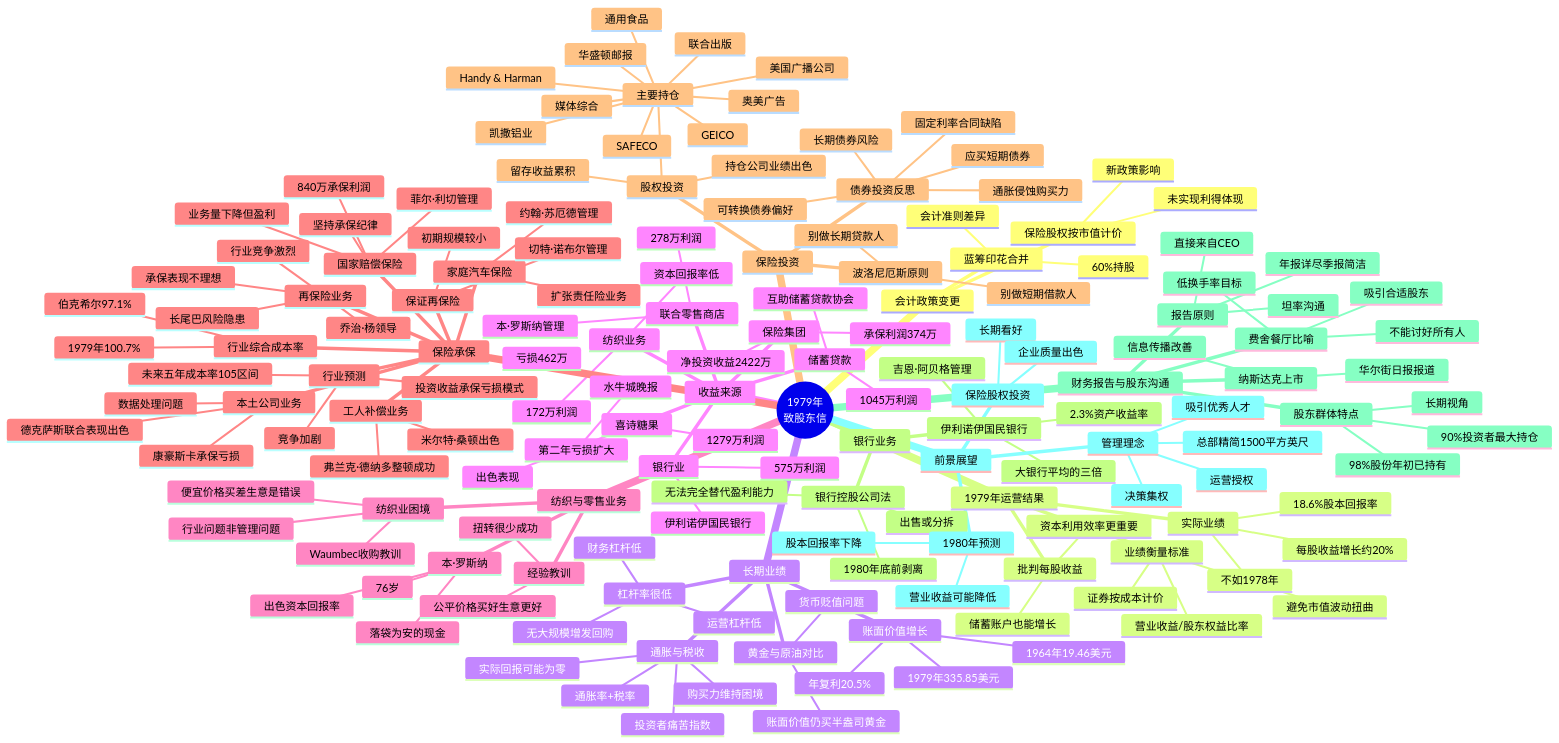
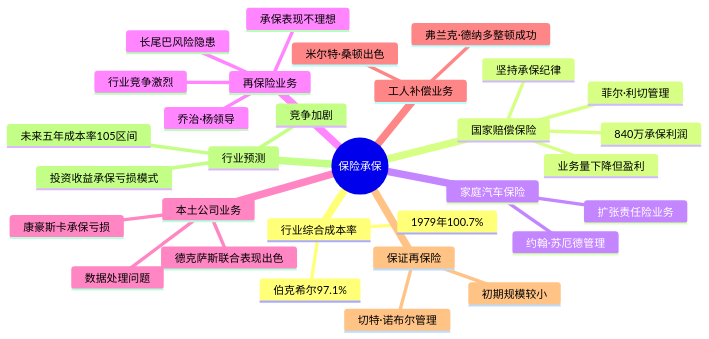
The seventh of 11 diagrams in docs/01_letters/1979年/思维导图.md (carllhm/buffett-knowledge-base), drawn with Mermaid before and after one commit. The commit also changed other lines of this file and 719 other files, not shown here.

Commit message:
思维导图重构：两级结构，总览+折叠子导图

````diff
--- a/docs/01_letters/1979年/思维导图.md
+++ b/docs/01_letters/1979年/思维导图.md
@@ -3,166 +186,34 @@
 ```mermaid
 mindmap
-  root((1979年<br/>致股东信))
-    会计政策变更
-      保险股权按市值计价
-        新政策影响
-        未实现利得体现
-      蓝筹印花合并
-        60%持股
-        会计准则差异
-    1979年运营结果
-      业绩衡量标准
-        营业收益/股东权益比率
-        证券按成本计价
-        避免市值波动扭曲
-      实际业绩
-        18.6%股本回报率
-        不如1978年
-        每股收益增长约20%
-      批判每股收益
-        储蓄账户也能增长
-        资本利用效率更重要
-    长期业绩
-      账面价值增长
-        1964年19.46美元
-        1979年335.85美元
-        年复利20.5%
-      杠杆率很低
-        财务杠杆低
-        运营杠杆低
-        无大规模增发回购
-      通胀与税收
-        投资者痛苦指数
-        通胀率+税率
-        实际回报可能为零
-        购买力维持困境
-      黄金与原油对比
-        账面价值仍买半盎司黄金
-        货币贬值问题
-    收益来源
-      保险集团
-        承保利润374万
-        净投资收益2422万
-      纺织业务
-        172万利润
-        资本回报率低
-      联合零售商店
-        278万利润
-        本·罗斯纳管理
-      喜诗糖果
-        1279万利润
-        出色表现
-      水牛城晚报
-        亏损462万
-        第二年亏损扩大
-      银行业
-        伊利诺伊国民银行
-        575万利润
-      储蓄贷款
-        互助储蓄贷款协会
-        1045万利润
-    纺织与零售业务
-      本·罗斯纳
-        76岁
-        出色资本回报率
-        落袋为安的现金
-      纺织业困境
-        行业问题非管理问题
-        Waumbec收购教训
-        便宜价格买差生意是错误
-      经验教训
-        扭转很少成功
-        公平价格买好生意更好
-    保险承保
-      行业综合成本率
-        1979年100.7%
-        伯克希尔97.1%
-      国家赔偿保险
-        菲尔·利切管理
-        840万承保利润
-        业务量下降但盈利
-        坚持承保纪律
-      家庭汽车保险
-        约翰·苏厄德管理
-        扩张责任险业务
-      再保险业务
-        乔治·杨领导
-        承保表现不理想
-        行业竞争激烈
-        长尾巴风险隐患
-      本土公司业务
-        德克萨斯联合表现出色
-        康豪斯卡承保亏损
-        数据处理问题
-      工人补偿业务
-        米尔特·桑顿出色
-        弗兰克·德纳多整顿成功
-      保证再保险
-        切特·诺布尔管理
-        初期规模较小
-      行业预测
-        未来五年成本率105区间
-        竞争加剧
-        投资收益承保亏损模式
-    保险投资
-      股权投资
-        持仓公司业绩出色
-        留存收益累积
-        主要持仓
-          SAFECO
-          GEICO
-          华盛顿邮报
-          通用食品
-          Handy & Harman
-          凯撒铝业
-          美国广播公司
-          联合出版
-          奥美广告
-          媒体综合
-      债券投资反思
-        长期债券风险
-        通胀侵蚀购买力
-        固定利率合同缺陷
-        应买短期债券
-        可转换债券偏好
-      波洛尼厄斯原则
-        别做短期借款人
-        别做长期贷款人
-    银行业务
-      伊利诺伊国民银行
-        吉恩·阿贝格管理
-        2.3%资产收益率
-        大银行平均的三倍
-      银行控股公司法
-        1980年底前剥离
-        出售或分拆
-        无法完全替代盈利能力
-    财务报告与股东沟通
-      纳斯达克上市
-        信息传播改善
-        华尔街日报报道
-      股东群体特点
-        98%股份年初已持有
-        90%投资者最大持仓
-        长期视角
-      报告原则
-        直接来自CEO
-        坦率沟通
-        年报详尽季报简洁
-      费舍餐厅比喻
-        吸引合适股东
-        不能讨好所有人
-        低换手率目标
-    前景展望
-      1980年预测
-        股本回报率下降
-        营业收益可能降低
-      保险股权投资
-        长期看好
-        企业质量出色
-      管理理念
-        决策集权
-        运营授权
-        总部精简1500平方英尺
-        吸引优秀人才
+  root((保险承保))
+    行业综合成本率
+      1979年100.7%
+      伯克希尔97.1%
+    国家赔偿保险
+      菲尔·利切管理
+      840万承保利润
+      业务量下降但盈利
+      坚持承保纪律
+    家庭汽车保险
+      约翰·苏厄德管理
+      扩张责任险业务
+    再保险业务
+      乔治·杨领导
+      承保表现不理想
+      行业竞争激烈
+      长尾巴风险隐患
+    本土公司业务
+      德克萨斯联合表现出色
+      康豪斯卡承保亏损
+      数据处理问题
+    工人补偿业务
+      米尔特·桑顿出色
+      弗兰克·德纳多整顿成功
+    保证再保险
+      切特·诺布尔管理
+      初期规模较小
+    行业预测
+      未来五年成本率105区间
+      竞争加剧
+      投资收益承保亏损模式
 ```
````
